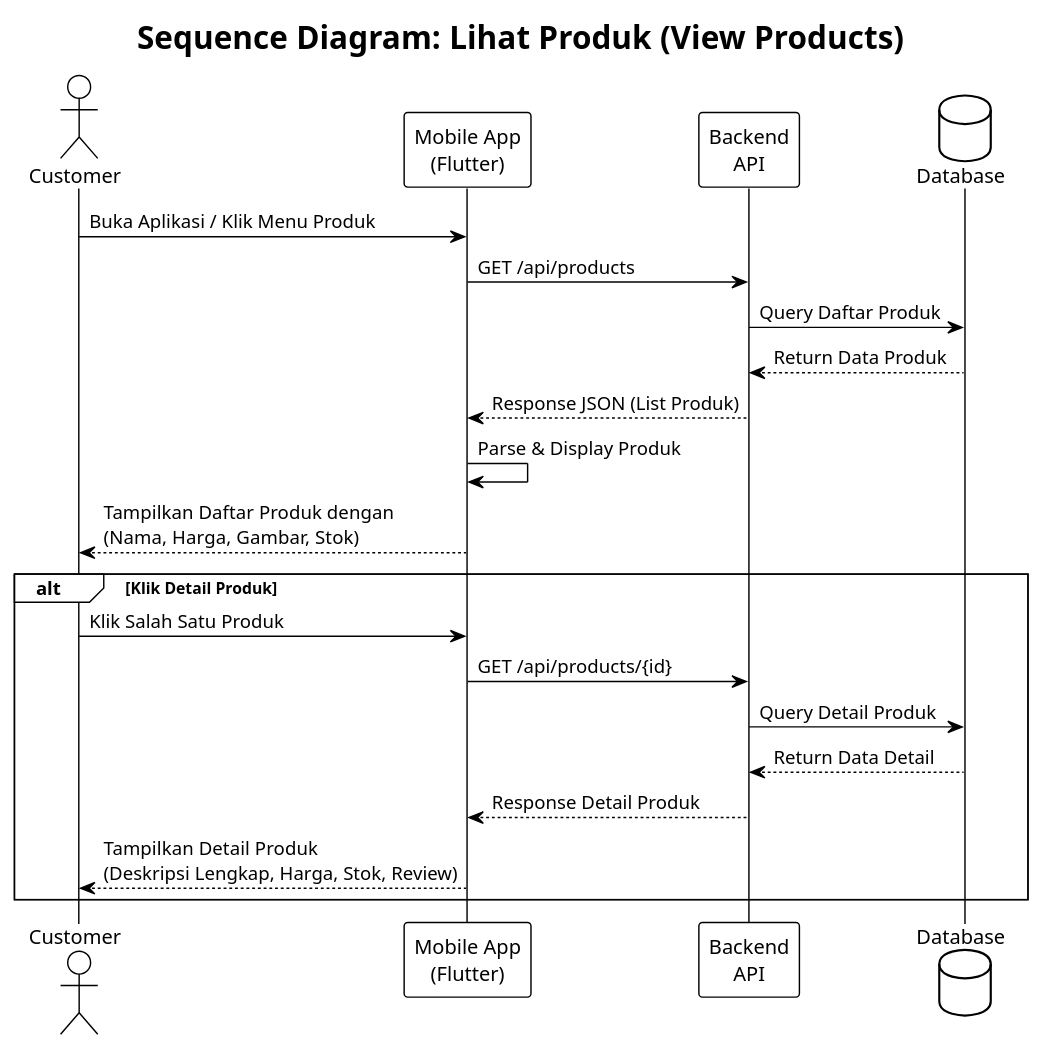
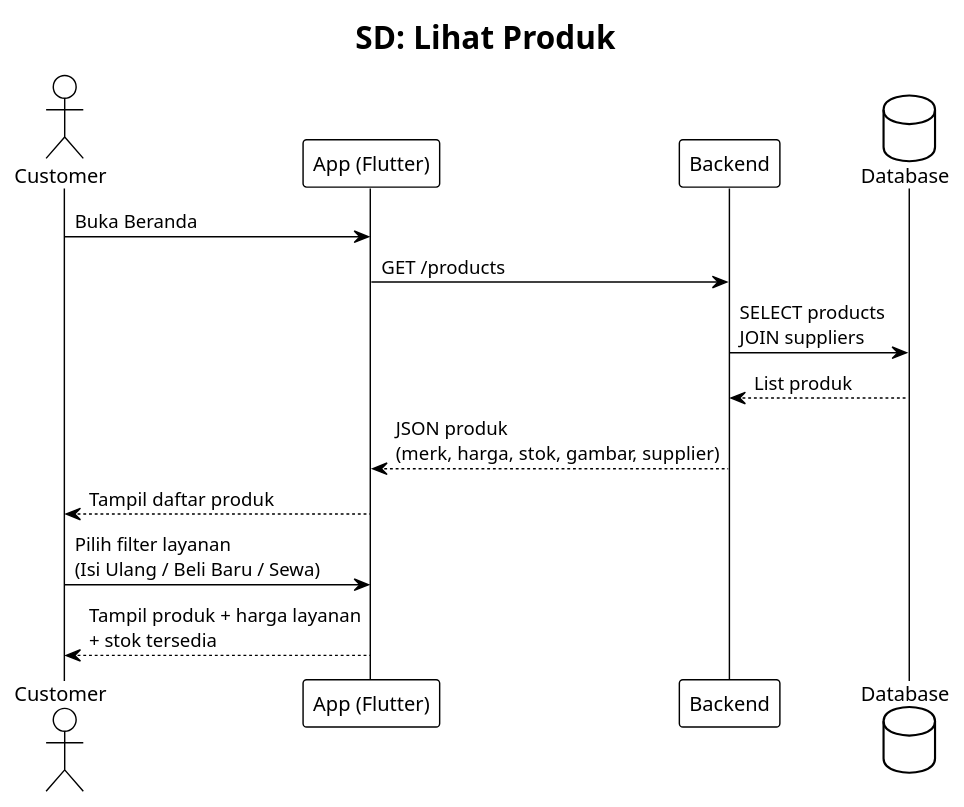
Before and after one commit to IlhamMaulana13/Project3-SitemApkOrderGalon: the diagram in diagrams/01_lihat_produk_sequence.puml, drawn with PlantUML. The commit also changed 47 other files, not shown here.

First line of the commit message:
feat(diagrams): add activity and class diagrams for kasir and backend structures

```diff
--- a/diagrams/01_lihat_produk_sequence.puml
+++ b/diagrams/01_lihat_produk_sequence.puml
@@ -1,26 +1,19 @@
 @startuml Lihat_Produk
 !theme plain
-title Sequence Diagram: Lihat Produk (View Products)
+title SD: Lihat Produk
 actor Customer
-participant "Mobile App\n(Flutter)" as App
-participant "Backend\nAPI" as API
+participant "App (Flutter)" as App
+participant "Backend" as API
 database "Database" as DB
 
-Customer -> App: Buka Aplikasi / Klik Menu Produk
-App -> API: GET /api/products
-API -> DB: Query Daftar Produk
-DB --> API: Return Data Produk
-API --> App: Response JSON (List Produk)
-App -> App: Parse & Display Produk
-App --> Customer: Tampilkan Daftar Produk dengan\n(Nama, Harga, Gambar, Stok)
+Customer -> App: Buka Beranda
+App -> API: GET /products
+API -> DB: SELECT products\nJOIN suppliers
+DB --> API: List produk
+API --> App: JSON produk\n(merk, harga, stok, gambar, supplier)
+App --> Customer: Tampil daftar produk
 
-alt Klik Detail Produk
-    Customer -> App: Klik Salah Satu Produk
-    App -> API: GET /api/products/{id}
-    API -> DB: Query Detail Produk
-    DB --> API: Return Data Detail
-    API --> App: Response Detail Produk
-    App --> Customer: Tampilkan Detail Produk\n(Deskripsi Lengkap, Harga, Stok, Review)
-end
+Customer -> App: Pilih filter layanan\n(Isi Ulang / Beli Baru / Sewa)
+App --> Customer: Tampil produk + harga layanan\n+ stok tersedia
 
 @enduml
```
